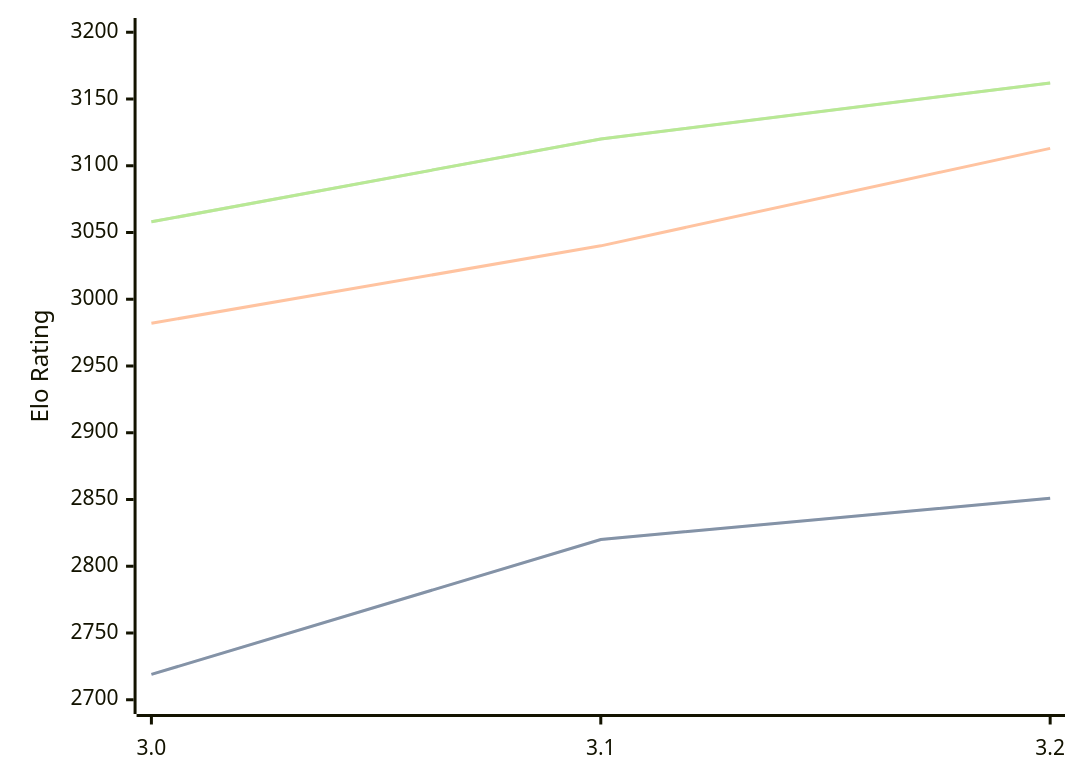
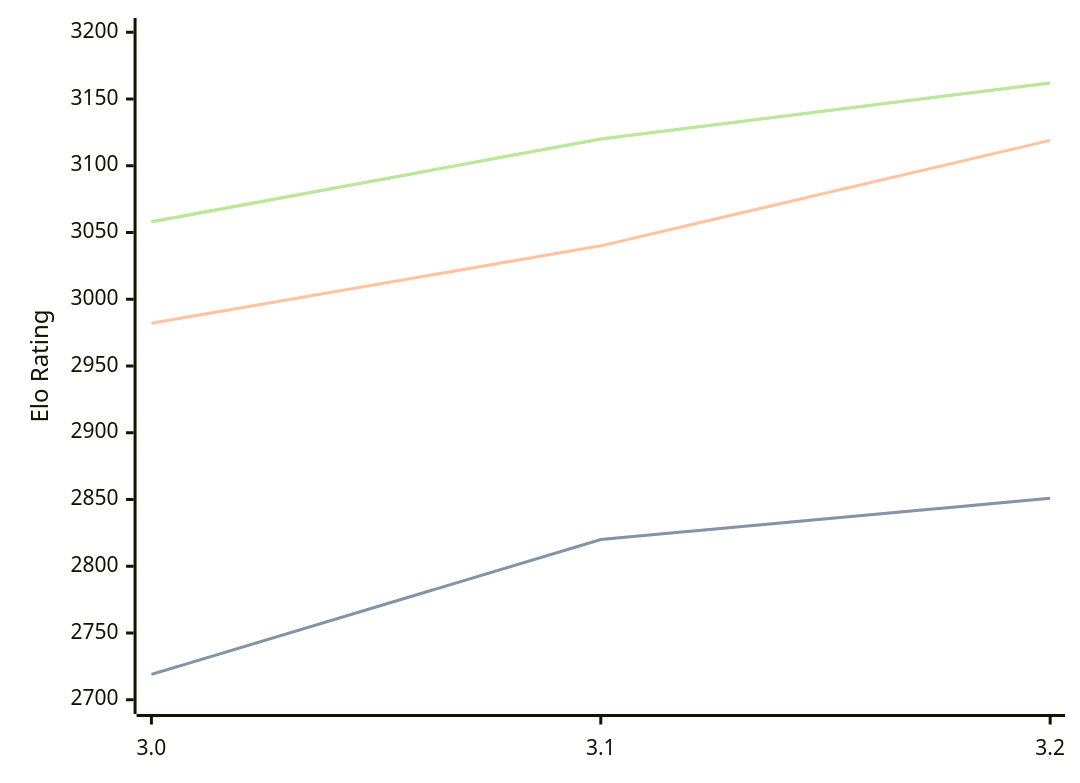
One commit to computer-chess-index/cci changed the diagram in engines/Vajolet2.md. Above: the diagram before and after it, drawn with Mermaid. The commit also changed other lines of this file, not shown here.

````diff
--- a/engines/Vajolet2.md
+++ b/engines/Vajolet2.md
@@ -41,11 +41,11 @@
 ```mermaid
 %%{init: {"theme":"base","themeVariables":{"seriesColors:['#a3a3a3','#222221','#faa371']}}}%%
 xychart-beta
   x-axis ["3.0", "3.1", "3.2"]
   y-axis "Elo Rating" 2700 --> 3200
   line "STC (8.0+0.08s)" [2719, 2820, 2851]
   line "STC (8.0+0.08s)" [2719, 2820, 2851]
-  line "LTC (60.0+0.60s)" [2982, 3040, 3113]
+  line "LTC (60.0+0.60s)" [2982, 3040, 3119]
   line "VLTC (2m24s+1.12s)" [3058, 3120, 3162]
   line "VLTC (2m24s+1.12s)" [3058, 3120, 3162]
 ```
````
